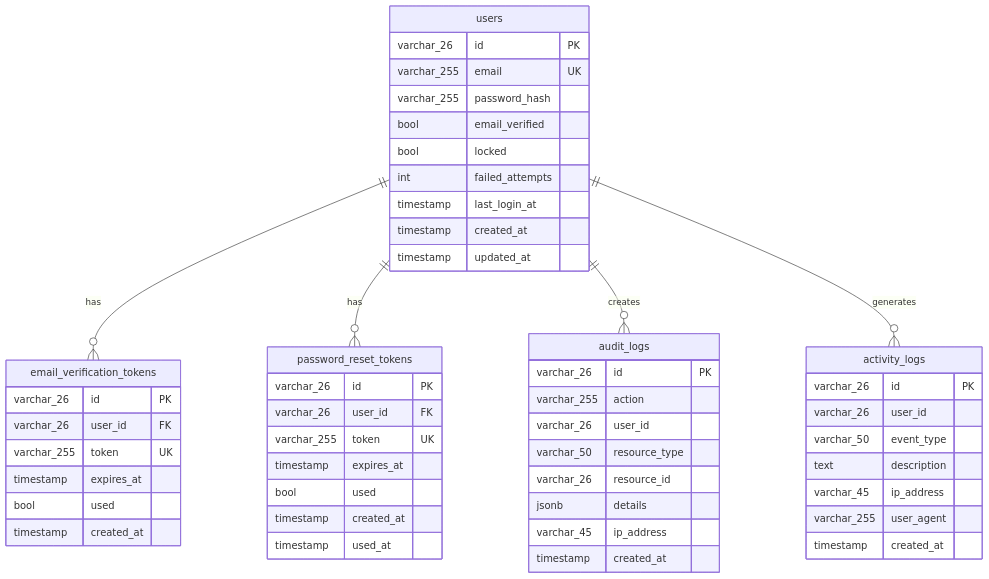
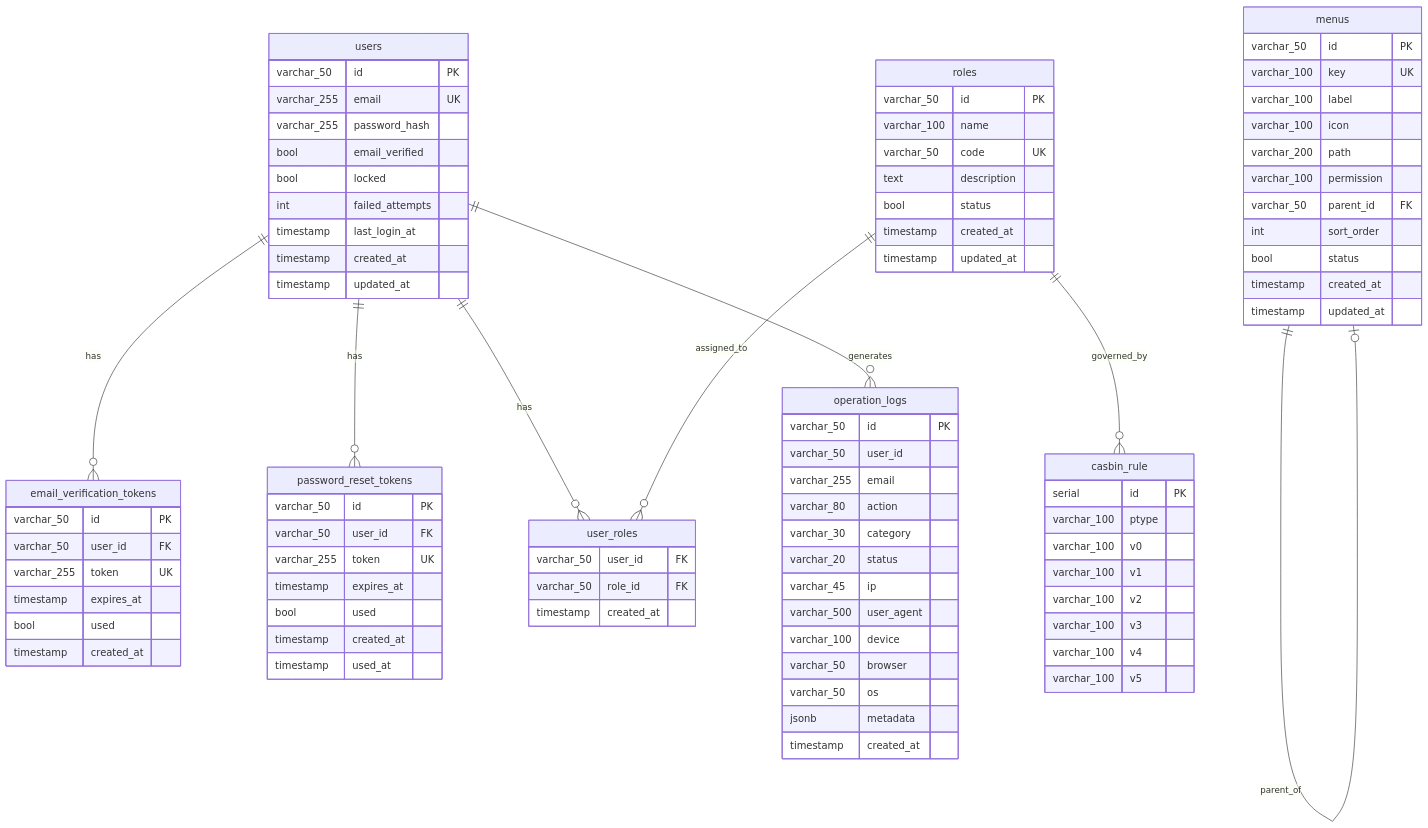
One commit to shenfay/go-react-admin changed the diagram in docs/backend/database/SCHEMA_DESIGN.md. Above: the diagram before and after it, drawn with Mermaid. The commit also changed other lines of this file and 8 other files, not shown here.

````diff
--- a/docs/backend/database/SCHEMA_DESIGN.md
+++ b/docs/backend/database/SCHEMA_DESIGN.md
@@ -30,11 +33,14 @@
 erDiagram
     users ||--o{ email_verification_tokens : "has"
     users ||--o{ password_reset_tokens : "has"
-    users ||--o{ audit_logs : "creates"
-    users ||--o{ activity_logs : "generates"
+    users ||--o{ user_roles : "has"
+    users ||--o{ operation_logs : "generates"
+    roles ||--o{ user_roles : "assigned_to"
+    roles ||--o{ casbin_rule : "governed_by"
+    menus ||--o| menus : "parent_of"
     
     users {
-        varchar_26 id PK
+        varchar_50 id PK
         varchar_255 email UK
         varchar_255 password_hash
         bool email_verified
@@ -46,8 +52,8 @@
     }
     
     email_verification_tokens {
-        varchar_26 id PK
-        varchar_26 user_id FK
+        varchar_50 id PK
+        varchar_50 user_id FK
         varchar_255 token UK
         timestamp expires_at
         bool used
@@ -55,8 +61,8 @@
     }
     
     password_reset_tokens {
-        varchar_26 id PK
-        varchar_26 user_id FK
+        varchar_50 id PK
+        varchar_50 user_id FK
         varchar_255 token UK
         timestamp expires_at
         bool used
@@ -64,24 +70,60 @@
         timestamp used_at
     }
     
-    audit_logs {
-        varchar_26 id PK
-        varchar_255 action
-        varchar_26 user_id
-        varchar_50 resource_type
-        varchar_26 resource_id
-        jsonb details
-        varchar_45 ip_address
+    roles {
+        varchar_50 id PK
+        varchar_100 name
+        varchar_50 code UK
+        text description
+        bool status
+        timestamp created_at
+        timestamp updated_at
+    }
+    
+    user_roles {
+        varchar_50 user_id FK
+        varchar_50 role_id FK
         timestamp created_at
     }
     
-    activity_logs {
-        varchar_26 id PK
-        varchar_26 user_id
-        varchar_50 event_type
-        text description
-        varchar_45 ip_address
-        varchar_255 user_agent
+    casbin_rule {
+        serial id PK
+        varchar_100 ptype
+        varchar_100 v0
+        varchar_100 v1
+        varchar_100 v2
+        varchar_100 v3
+        varchar_100 v4
+        varchar_100 v5
+    }
+    
+    menus {
+        varchar_50 id PK
+        varchar_100 key UK
+        varchar_100 label
+        varchar_100 icon
+        varchar_200 path
+        varchar_100 permission
+        varchar_50 parent_id FK
+        int sort_order
+        bool status
+        timestamp created_at
+        timestamp updated_at
+    }
+    
+    operation_logs {
+        varchar_50 id PK
+        varchar_50 user_id
+        varchar_255 email
+        varchar_80 action
+        varchar_30 category
+        varchar_20 status
+        varchar_45 ip
+        varchar_500 user_agent
+        varchar_100 device
+        varchar_50 browser
+        varchar_50 os
+        jsonb metadata
         timestamp created_at
     }
 ```
````
